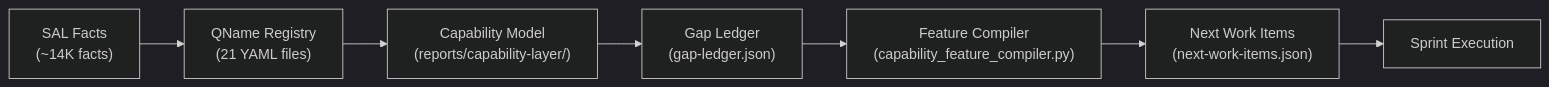
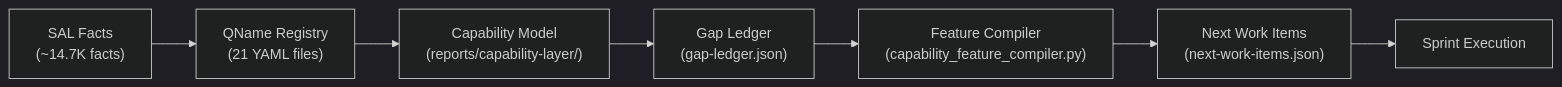
Before and after one commit to babar-raza/format-factory: the fifth of 18 diagrams in docs/system-recon/FF-DEEP-RECON-20260705-052931/02-SYSTEM-ARCHITECTURE-AND-DIAGRAMS.md, drawn with Mermaid (dark theme). The commit also changed other lines of this file and 6 other files, not shown here.

````diff
--- a/docs/system-recon/FF-DEEP-RECON-20260705-052931/02-SYSTEM-ARCHITECTURE-AND-DIAGRAMS.md
+++ b/docs/system-recon/FF-DEEP-RECON-20260705-052931/02-SYSTEM-ARCHITECTURE-AND-DIAGRAMS.md
@@ -172,17 +172,17 @@
 ```mermaid
 flowchart LR
-    FACTS["SAL Facts<br/>(~14K facts)"]
+    FACTS["SAL Facts<br/>(~14.7K facts)"]
     QNAME["QName Registry<br/>(21 YAML files)"]
     CAPS["Capability Model<br/>(reports/capability-layer/)"]
     GAPS["Gap Ledger<br/>(gap-ledger.json)"]
     COMPILER["Feature Compiler<br/>(capability_feature_compiler.py)"]
     WORKITEMS["Next Work Items<br/>(next-work-items.json)"]
     SPRINT["Sprint Execution"]
 
     FACTS --> QNAME
     QNAME --> CAPS
     CAPS --> GAPS
     GAPS --> COMPILER
     COMPILER --> WORKITEMS
     WORKITEMS --> SPRINT
 ```
````
